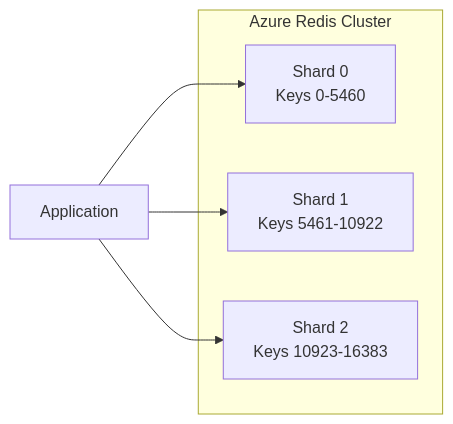
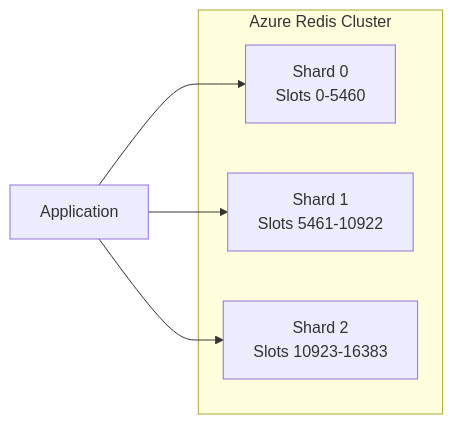
One commit to OneUptime/blog changed the second of 2 diagrams in posts/2026-01-24-azure-cache-redis/README.md. Above: the diagram before and after it, drawn with Mermaid. The commit also changed other lines of this file and 4262 other files, not shown here.

````diff
--- a/posts/2026-01-24-azure-cache-redis/README.md
+++ b/posts/2026-01-24-azure-cache-redis/README.md
@@ -304,12 +309,12 @@
 ```mermaid
 graph LR
     subgraph "Azure Redis Cluster"
-        S0[Shard 0<br/>Keys 0-5460]
-        S1[Shard 1<br/>Keys 5461-10922]
-        S2[Shard 2<br/>Keys 10923-16383]
+        S0[Shard 0<br/>Slots 0-5460]
+        S1[Shard 1<br/>Slots 5461-10922]
+        S2[Shard 2<br/>Slots 10923-16383]
     end
 
     A[Application] --> S0
     A --> S1
     A --> S2
 ```
````
